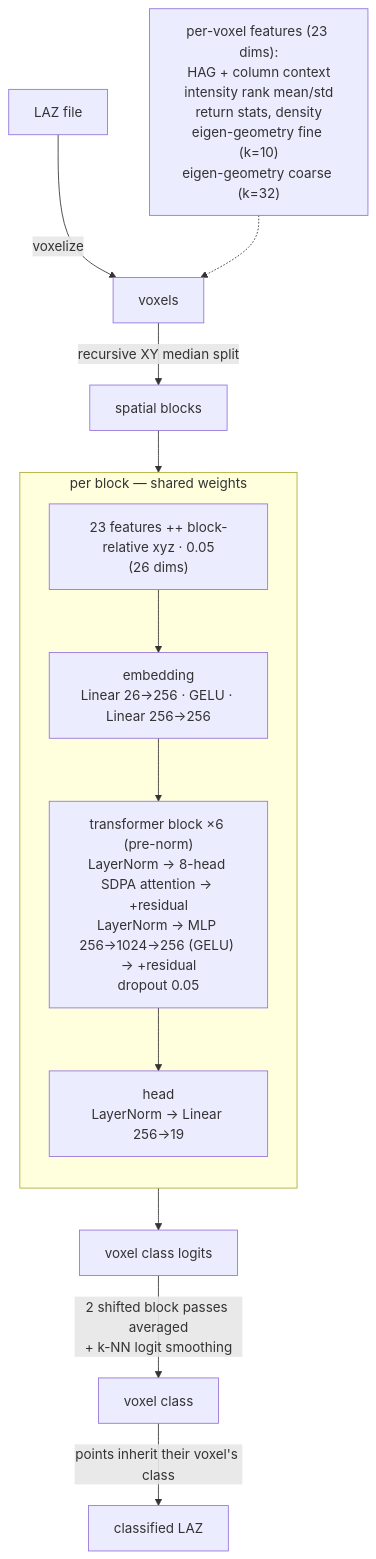
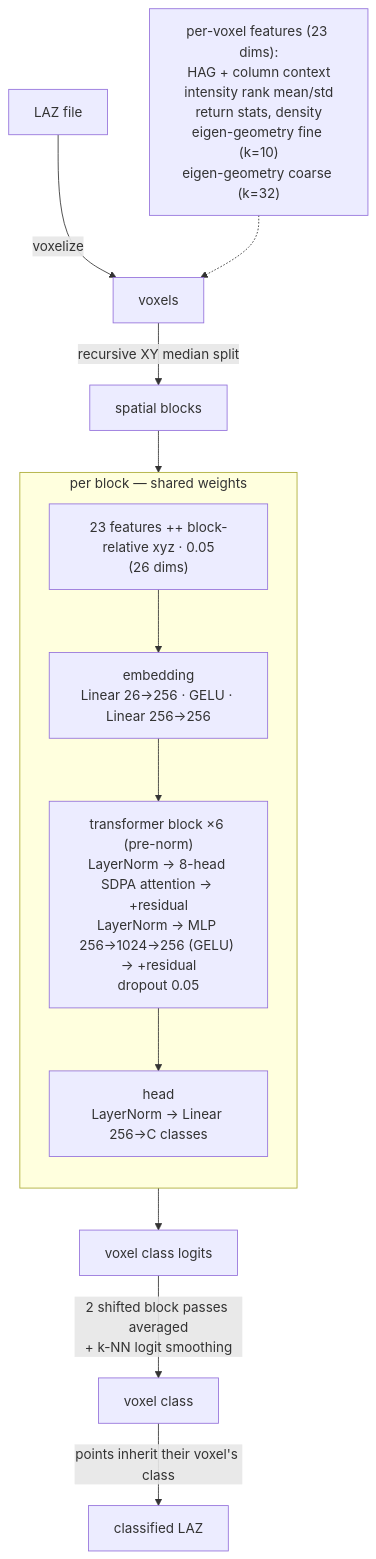
The diagram in README.md (tfwittwer/haiclass_vt), drawn with Mermaid before and after one commit. The commit also changed other lines of this file and 16 other files, not shown here.

````diff
--- a/README.md
+++ b/README.md
@@ -53,25 +58,25 @@
 ```mermaid
 flowchart TD
     tile["LAZ file"]
     feats["per-voxel features (23 dims):<br/>HAG + column context<br/>intensity rank mean/std<br/>return stats, density<br/>eigen-geometry fine (k=10)<br/>eigen-geometry coarse (k=32)"]
     vox["voxels"]
     blocks["spatial blocks"]
 
     tile -->|"voxelize"| vox
     feats -.-> vox
     vox -->|"recursive XY median split"| blocks
 
     subgraph perblock["per block — shared weights"]
         direction TB
         concat["23 features ++ block-relative xyz · 0.05<br/>(26 dims)"]
         embed["embedding<br/>Linear 26→256 · GELU · Linear 256→256"]
         enc["transformer block ×6 (pre-norm)<br/>LayerNorm → 8-head SDPA attention → +residual<br/>LayerNorm → MLP 256→1024→256 (GELU) → +residual<br/>dropout 0.05"]
-        head["head<br/>LayerNorm → Linear 256→19"]
+        head["head<br/>LayerNorm → Linear 256→C classes"]
         concat --> embed --> enc --> head
     end
 
     blocks --> concat
     head --> logits["voxel class logits"]
     logits -->|"2 shifted block passes averaged<br/>+ k-NN logit smoothing"| vclass["voxel class"]
     vclass -->|"points inherit their voxel's class"| outlaz["classified LAZ"]
 ```
````
